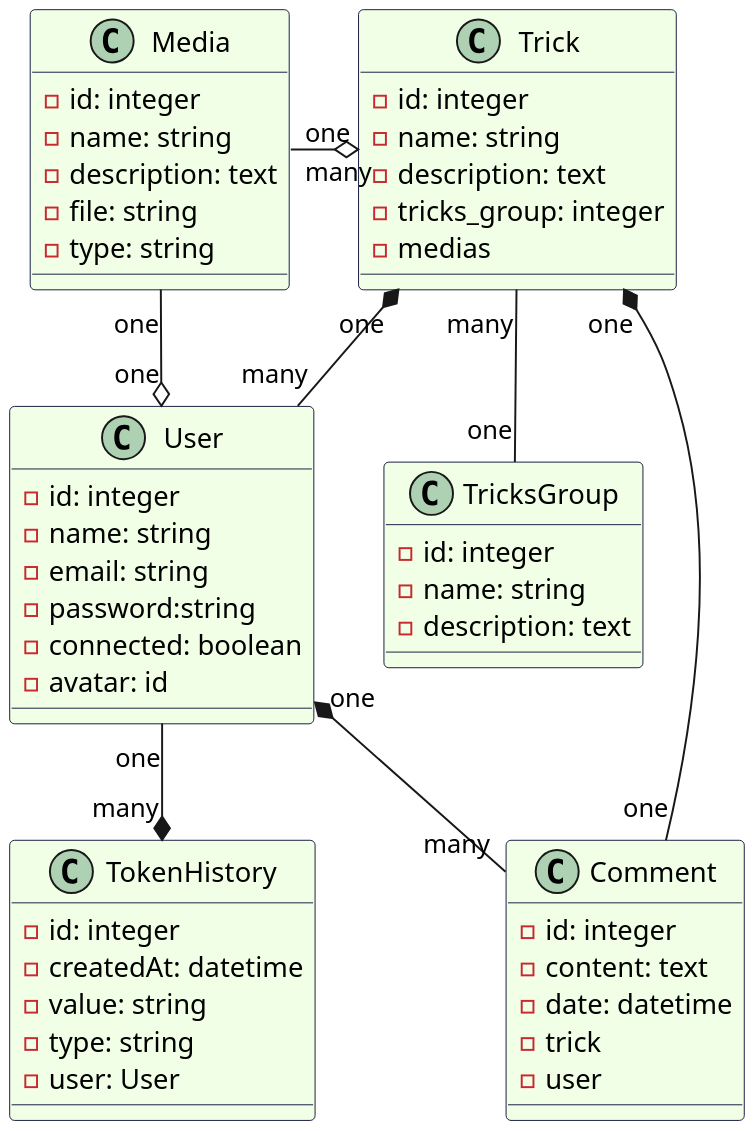
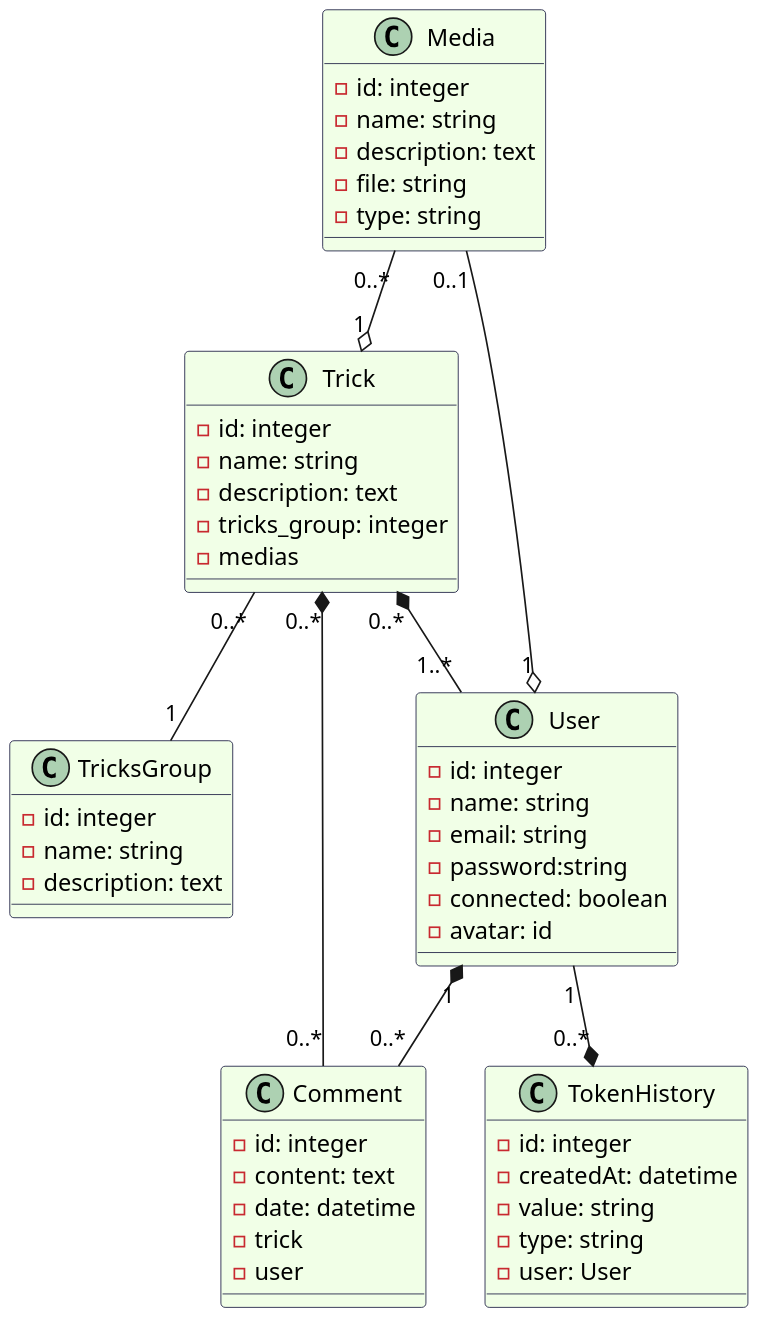
Before and after one commit to ArtGM/P6-snowtricks: the diagram in UML/class.wsd, drawn with PlantUML. The commit also changed 2 other files, not shown here.

Commit message:
Update UML diagrams

```diff
--- a/UML/class.wsd
+++ b/UML/class.wsd
@@ -1,58 +1,58 @@
 @startuml
 scale 800 width
 skinparam classBackgroundColor #f1ffe7
 skinparam classBorderColor #1a1b41
 Class Trick {
 -id: integer
 -name: string
 -description: text
 -tricks_group: integer
 -medias
 }
 Class TricksGroup {
   -id: integer
   -name: string
   -description: text
 }
 Class Media {
   -id: integer
   -name: string
   -description: text
   -file: string
   -type: string
 }
 Class User {
   -id: integer
   -name: string
   -email: string
   -password:string
   -connected: boolean
   -avatar: id
 }
 Class Comment {
   -id: integer
   -content: text
   -date: datetime
   -trick
   -user
 }
 Class TokenHistory {
   -id: integer
   -createdAt: datetime
   -value: string
   -type: string
   -user: User
 }
 
 
-Media "one" --o  "one" User
-Trick  "one" *--  "many" User
-Trick "many" -- "one" TricksGroup
-User  "one" *--  "many" Comment
-Media  "one" -o "many" Trick
-Comment "one" --* "one" Trick
-User "one" --* "many" TokenHistory
+Media "0..1" --o  "1" User
+Trick  "0..*" *--  "1..*" User
+Trick "0..*" -- "1" TricksGroup
+User  "1" *--  "0..*" Comment
+Media  "0..*" --o "1" Trick
+Comment "0..*" --* "0..*" Trick
+User "1" --* "0..*" TokenHistory
 
 
 
 @enduml
```
